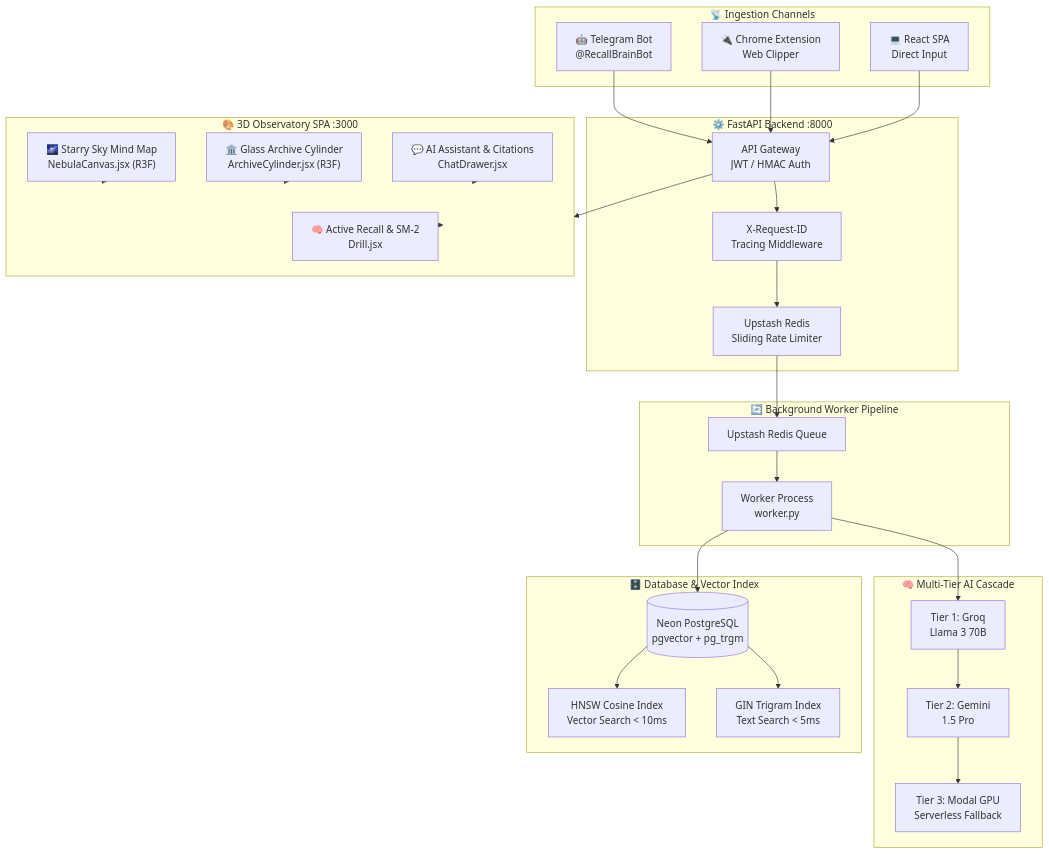
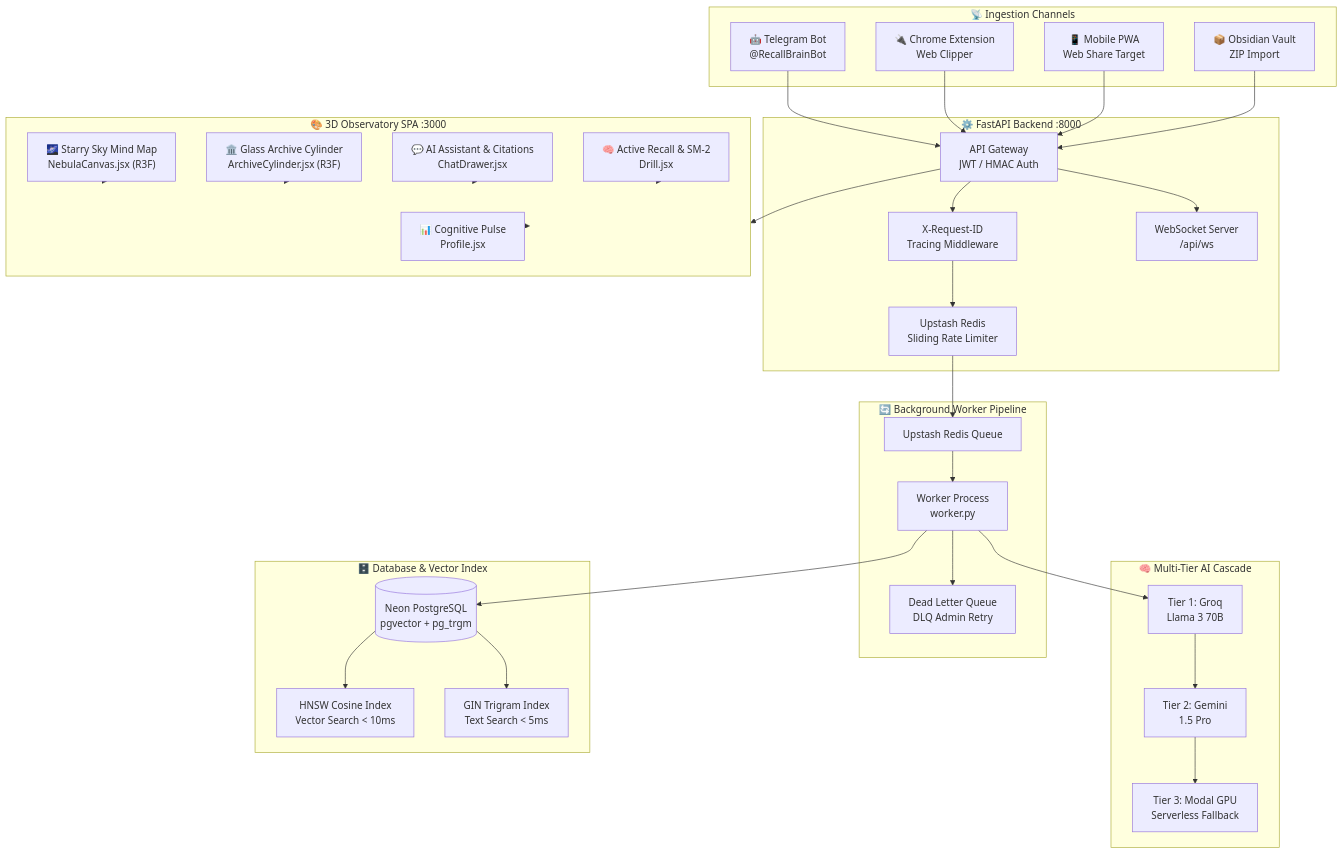
The first of 3 diagrams in README.md (PriyanshuG27/Atrium), drawn with Mermaid before and after one commit. The commit also changed other lines of this file, not shown here.

Commit message:
docs(readme): update features with Obsidian Vault ZIP import/export, PWA share target, Google Drive sync, and Pulse metrics

````diff
--- a/README.md
+++ b/README.md
@@ -105,47 +126,53 @@
 ```mermaid
 graph TB
     subgraph INGESTION["📡 Ingestion Channels"]
         TG["🤖 Telegram Bot<br/>@RecallBrainBot"]
         EXT["🔌 Chrome Extension<br/>Web Clipper"]
-        SPA["💻 React SPA<br/>Direct Input"]
+        SHARE["📱 Mobile PWA<br/>Web Share Target"]
+        ZIP["📦 Obsidian Vault<br/>ZIP Import"]
     end
 
     subgraph BACKEND["⚙️ FastAPI Backend  :8000"]
         API["API Gateway<br/>JWT / HMAC Auth"]
         TRACER["X-Request-ID<br/>Tracing Middleware"]
         LIMITER["Upstash Redis<br/>Sliding Rate Limiter"]
+        WS["WebSocket Server<br/>/api/ws"]
     end
 
     subgraph QUEUE["🔄 Background Worker Pipeline"]
         REDIS["Upstash Redis Queue"]
         WORKER["Worker Process<br/>worker.py"]
+        DLQ["Dead Letter Queue<br/>DLQ Admin Retry"]
     end
 
     subgraph AI_CASCADE["🧠 Multi-Tier AI Cascade"]
         GROQ["Tier 1: Groq<br/>Llama 3 70B"]
         GEMINI["Tier 2: Gemini<br/>1.5 Pro"]
         MODAL["Tier 3: Modal GPU<br/>Serverless Fallback"]
     end
 
     subgraph STORAGE["🗄️ Database & Vector Index"]
         NEON[("Neon PostgreSQL<br/>pgvector + pg_trgm")]
         HNSW["HNSW Cosine Index<br/>Vector Search < 10ms"]
         GIN["GIN Trigram Index<br/>Text Search < 5ms"]
     end
 
     subgraph FRONTEND["🎨 3D Observatory SPA  :3000"]
         NEBULA["🌌 Starry Sky Mind Map<br/>NebulaCanvas.jsx (R3F)"]
         CYLINDER["🏛️ Glass Archive Cylinder<br/>ArchiveCylinder.jsx (R3F)"]
         ASSISTANT["💬 AI Assistant & Citations<br/>ChatDrawer.jsx"]
         DRILL["🧠 Active Recall & SM-2<br/>Drill.jsx"]
+        PULSE["📊 Cognitive Pulse<br/>Profile.jsx"]
     end
 
-    TG & EXT & SPA --> API
+    TG & EXT & SHARE & ZIP --> API
     API --> TRACER --> LIMITER --> REDIS
+    API --> WS
     REDIS --> WORKER
+    WORKER --> DLQ
     WORKER --> GROQ --> GEMINI --> MODAL
     WORKER --> NEON
     NEON --> HNSW & GIN
     API --> FRONTEND
-    NEBULA & CYLINDER & ASSISTANT & DRILL --> FRONTEND
+    NEBULA & CYLINDER & ASSISTANT & DRILL & PULSE --> FRONTEND
 ```
````
